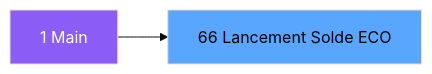
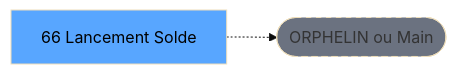
One commit to thonyAGP/lecteur-magic changed the second of 3 diagrams in .openspec/renders/ADH-IDE-66.md. Above: the diagram before and after it, drawn with Mermaid (base theme). The commit also changed other lines of this file and 701 other files, not shown here.

````diff
--- a/.openspec/renders/ADH-IDE-66.md
+++ b/.openspec/renders/ADH-IDE-66.md
@@ -107,8 +117,8 @@
 ```mermaid
 graph LR
-    M[1 Main]
-    T[66 Lancement Solde ECO]
-    M --> T
-    style M fill:#8b5cf6,color:#fff
+    T[66 Lancement Solde]
+    ORPHAN([ORPHELIN ou Main])
+    T -.-> ORPHAN
     style T fill:#58a6ff,color:#000
+    style ORPHAN fill:#6b7280,stroke-dasharray: 5 5
 ```
````
